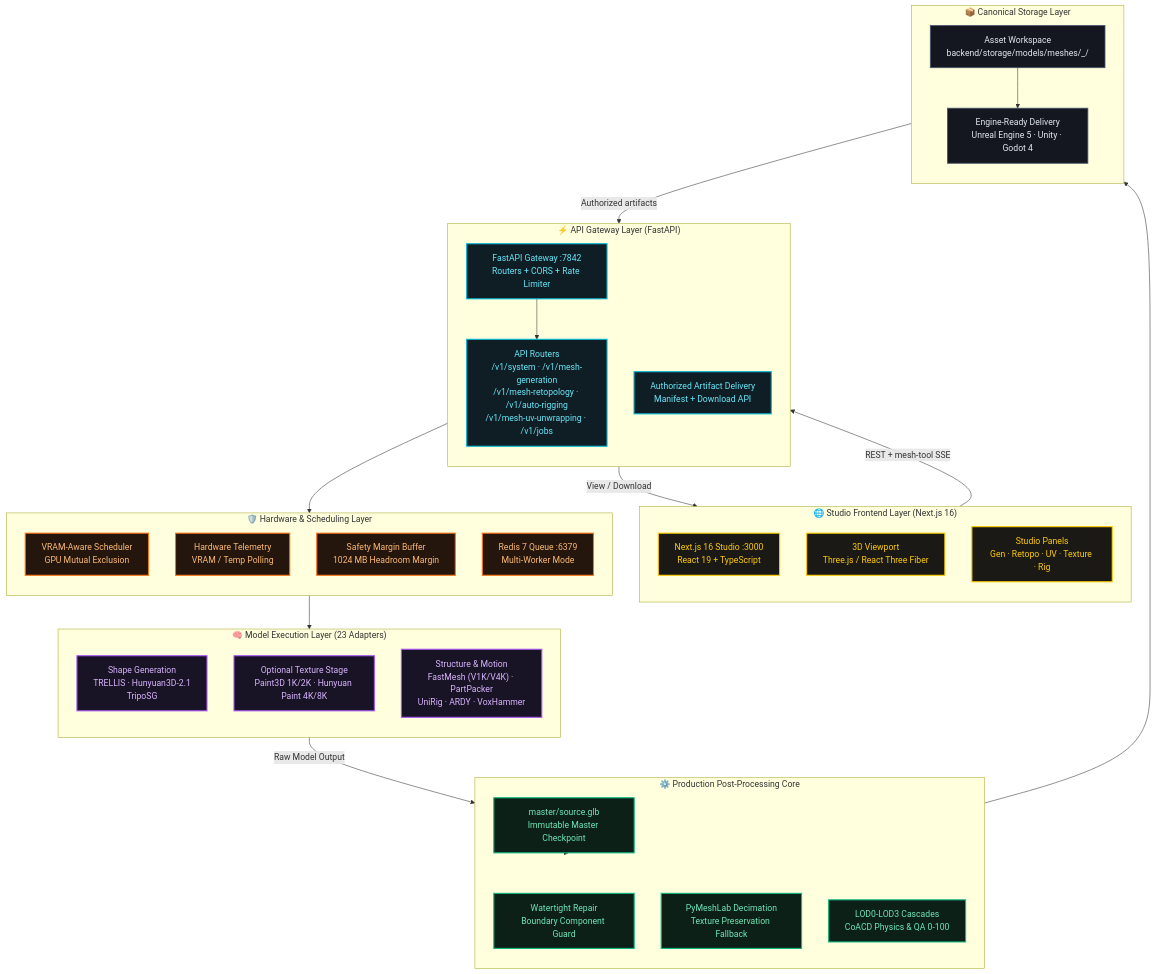
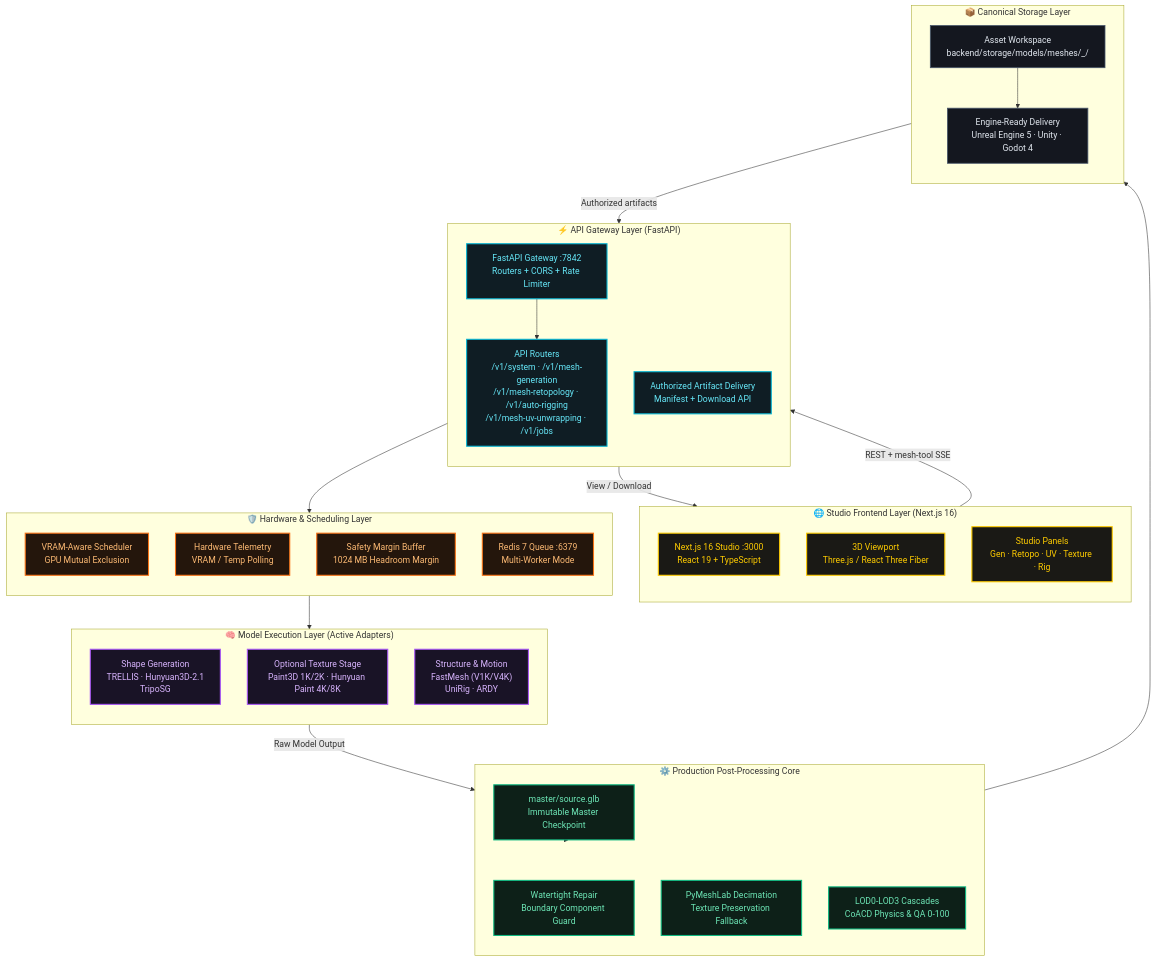
Before and after one commit to Silentzx2/ForMash3D: the first of 4 diagrams in Docs/ARCHITECTURE.md, drawn with Mermaid. The commit also changed other lines of this file and 24 other files, not shown here.

Commit message:
Remove stale references to retired model adapters

````diff
--- a/Docs/ARCHITECTURE.md
+++ b/Docs/ARCHITECTURE.md
@@ -26,64 +26,64 @@
 ```mermaid
 flowchart TB
     %% Sleek Studio Palette
     classDef gold fill:#1a1915,stroke:#ffcc00,stroke-width:2px,color:#ffcc00;
     classDef cyan fill:#0f1d24,stroke:#06b6d4,stroke-width:2px,color:#67e8f9;
     classDef purple fill:#191326,stroke:#a855f7,stroke-width:2px,color:#d8b4fe;
     classDef green fill:#0d2018,stroke:#10b981,stroke-width:2px,color:#6ee7b7;
     classDef orange fill:#24160c,stroke:#f97316,stroke-width:2px,color:#fdba74;
     classDef slate fill:#14171f,stroke:#475569,stroke-width:1.5px,color:#e2e8f0;
 
     subgraph LAYER["🌐 Studio Frontend Layer (Next.js 16)"]
         direction TB
         NEXT["Next.js 16 Studio :3000<br/>React 19 + TypeScript"]:::gold
         VPORT["3D Viewport<br/>Three.js / React Three Fiber"]:::gold
         CONTROLS["Studio Panels<br/>Gen · Retopo · UV · Texture · Rig"]:::gold
     end
 
     subgraph GW["⚡ API Gateway Layer (FastAPI)"]
         direction TB
         API["FastAPI Gateway :7842<br/>Routers + CORS + Rate Limiter"]:::cyan
         ROUTERS["API Routers<br/>/v1/system · /v1/mesh-generation<br/>/v1/mesh-retopology · /v1/auto-rigging<br/>/v1/mesh-uv-unwrapping · /v1/jobs"]:::cyan
         STATIC["Authorized Artifact Delivery<br/>Manifest + Download API"]:::cyan
     end
 
     subgraph SCHEDULER["🛡️ Hardware & Scheduling Layer"]
         direction TB
         SCHED["VRAM-Aware Scheduler<br/>GPU Mutual Exclusion"]:::orange
         GPU_MON["Hardware Telemetry<br/>VRAM / Temp Polling"]:::orange
         VRAM_BUF["Safety Margin Buffer<br/>1024 MB Headroom Margin"]:::orange
         REDIS["Redis 7 Queue :6379<br/>Multi-Worker Mode"]:::orange
     end
 
-    subgraph CORE["🧠 Model Execution Layer (23 Adapters)"]
+    subgraph CORE["🧠 Model Execution Layer (Active Adapters)"]
         direction TB
         SHAPE["Shape Generation<br/>TRELLIS · Hunyuan3D-2.1<br/>TripoSG"]:::purple
         PAINT["Optional Texture Stage<br/>Paint3D 1K/2K · Hunyuan Paint 4K/8K"]:::purple
-        STRUCT["Structure & Motion<br/>FastMesh (V1K/V4K) · PartPacker<br/>UniRig · ARDY · VoxHammer"]:::purple
+        STRUCT["Structure & Motion<br/>FastMesh (V1K/V4K)<br/>UniRig · ARDY"]:::purple
     end
 
     subgraph POST["⚙️ Production Post-Processing Core"]
         direction TB
         SRC_CHECK["master/source.glb<br/>Immutable Master Checkpoint"]:::green
         REPAIR["Watertight Repair<br/>Boundary Component Guard"]:::green
         SIMPLIFY["PyMeshLab Decimation<br/>Texture Preservation Fallback"]:::green
         FINISH["LOD0-LOD3 Cascades<br/>CoACD Physics & QA 0-100"]:::green
     end
 
     subgraph DATA["📦 Canonical Storage Layer"]
         direction TB
         LOCAL["Asset Workspace<br/>backend/storage/models/meshes/<asset>_<job_id>/"]:::slate
         ZIP["Engine-Ready Delivery<br/>Unreal Engine 5 · Unity · Godot 4"]:::slate
     end
 
     LAYER -->|"REST + mesh-tool SSE"| GW
     API --> ROUTERS
     ROUTERS --> SCHEDULER
     SCHEDULER --> CORE
     CORE -->|"Raw Model Output"| SRC_CHECK
     SRC_CHECK --> POST
     POST --> LOCAL
     LOCAL --> ZIP
     LOCAL -->|"Authorized artifacts"| STATIC
     STATIC -->|"View / Download"| VPORT
 ```
````
